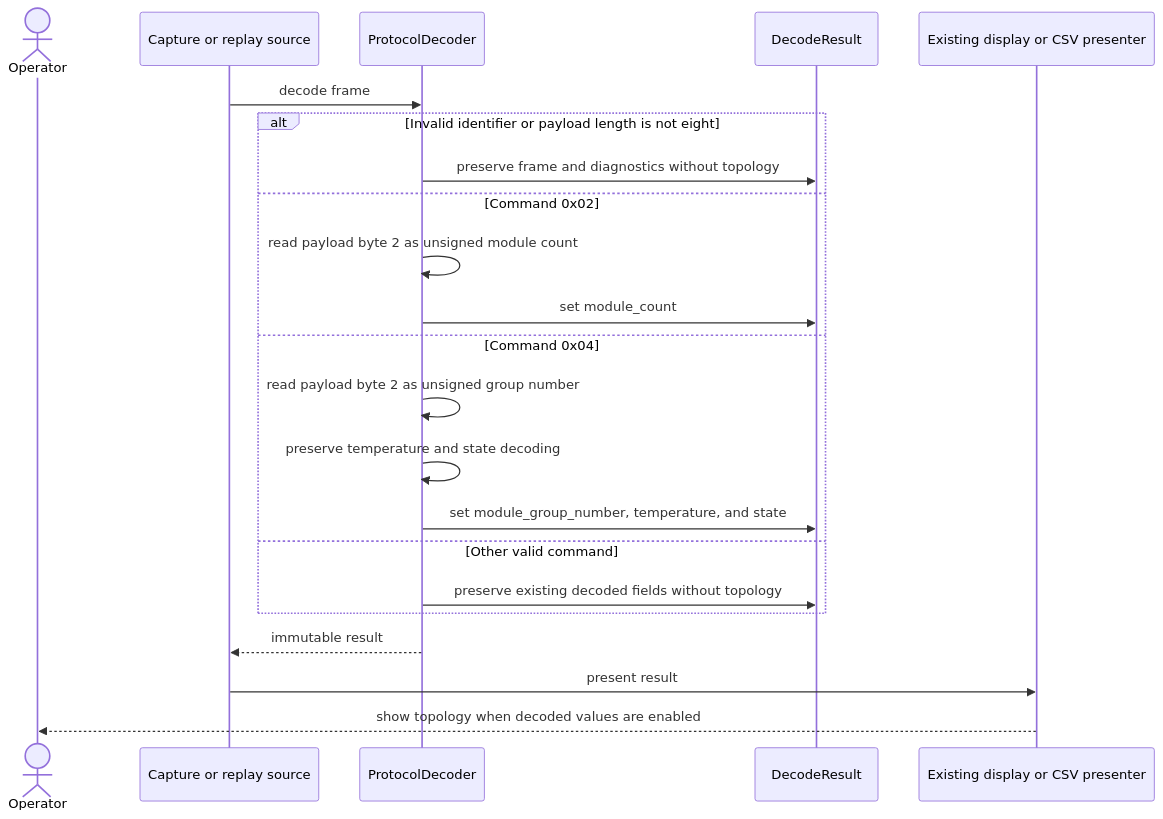
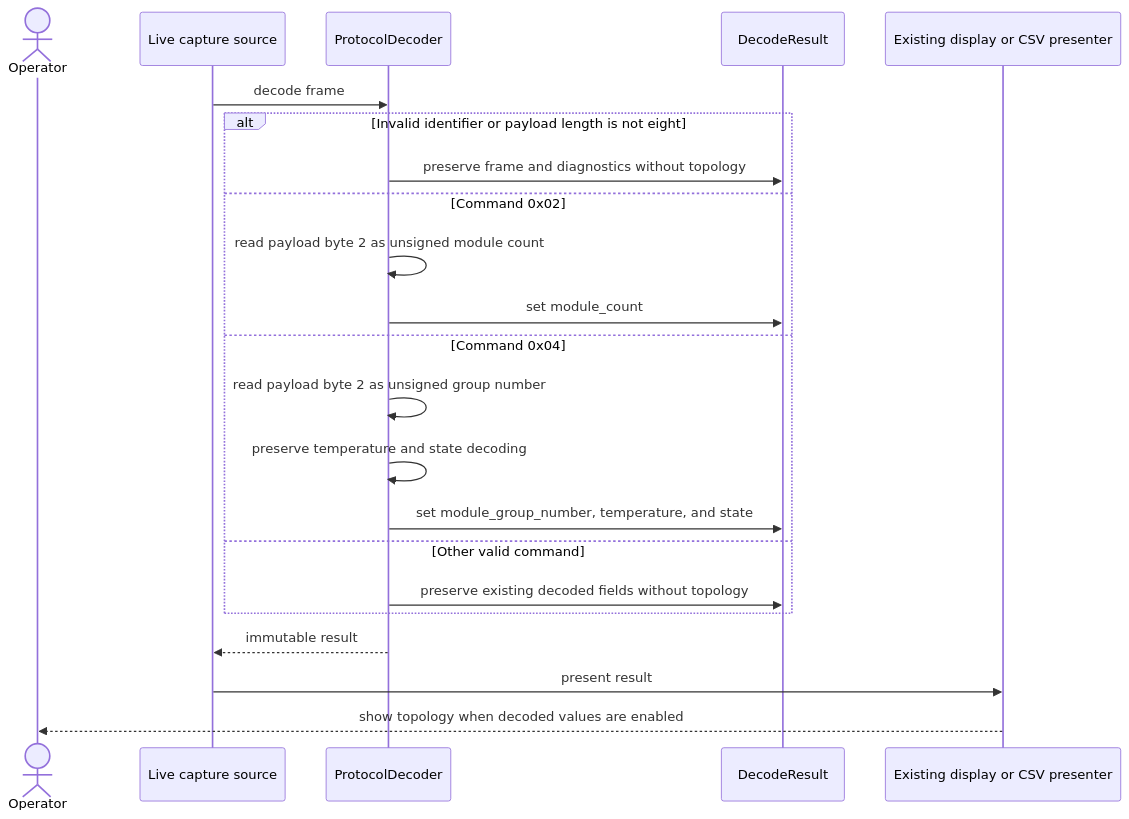
Before and after one commit to benoit-bremaud/can-sniffer: the diagram in docs/architecture/diagrams/module-topology/02-sequence-decode-topology.md, drawn with Mermaid. The commit also changed other lines of this file and 2 other files, not shown here.

Commit message:
docs(architecture): clarify replay scope

````diff
--- a/docs/architecture/diagrams/module-topology/02-sequence-decode-topology.md
+++ b/docs/architecture/diagrams/module-topology/02-sequence-decode-topology.md
@@ -13,25 +13,25 @@
 ```mermaid
 sequenceDiagram
     actor Operator
-    participant Source as Capture or replay source
+    participant Source as Live capture source
     participant Decoder as ProtocolDecoder
     participant Result as DecodeResult
     participant Presenter as Existing display or CSV presenter
 
     Source->>Decoder: decode frame
     alt Invalid identifier or payload length is not eight
         Decoder->>Result: preserve frame and diagnostics without topology
     else Command 0x02
         Decoder->>Decoder: read payload byte 2 as unsigned module count
         Decoder->>Result: set module_count
     else Command 0x04
         Decoder->>Decoder: read payload byte 2 as unsigned group number
         Decoder->>Decoder: preserve temperature and state decoding
         Decoder->>Result: set module_group_number, temperature, and state
     else Other valid command
         Decoder->>Result: preserve existing decoded fields without topology
     end
     Decoder-->>Source: immutable result
     Source->>Presenter: present result
     Presenter-->>Operator: show topology when decoded values are enabled
 ```
````
